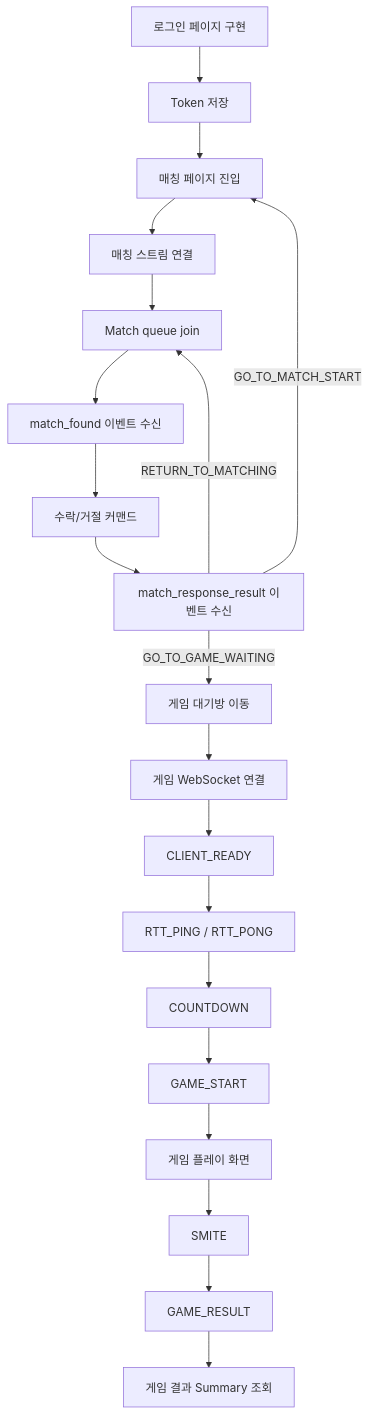
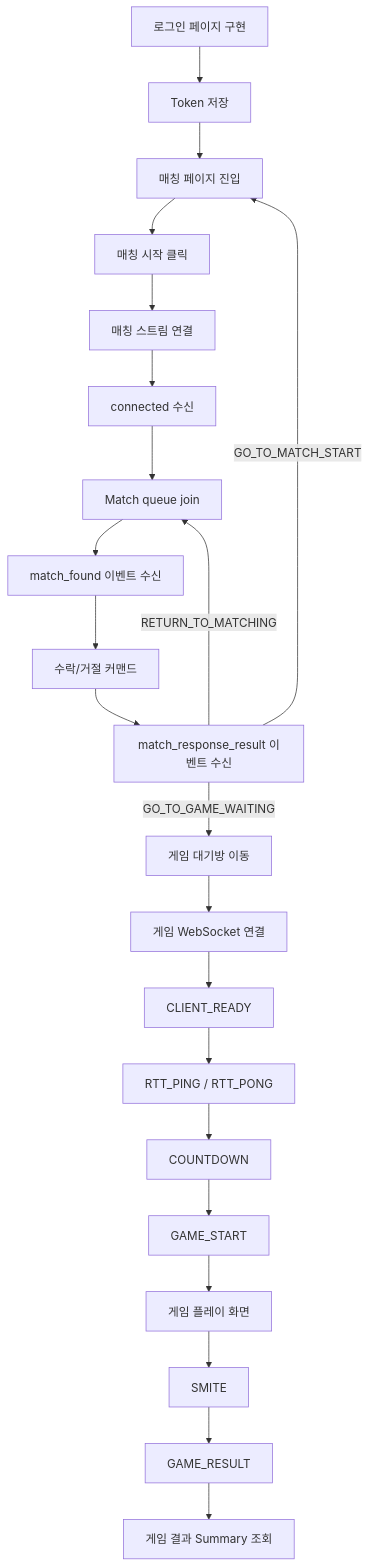
The diagram in docs/antigravity/frontend/front-plan.md (moonwhistle/League-of-Star), drawn with Mermaid before and after one commit. The commit also changed other lines of this file and 12 other files, not shown here.

````diff
--- a/docs/antigravity/frontend/front-plan.md
+++ b/docs/antigravity/frontend/front-plan.md
@@ -17,22 +17,24 @@
 ```mermaid
 flowchart TD
     A[로그인 페이지 구현] --> B[Token 저장]
     B --> C[매칭 페이지 진입]
-    C --> D[매칭 스트림 연결]
-    D --> E[Match queue join]
-    E --> F[match_found 이벤트 수신]
-    F --> G[수락/거절 커맨드]
-    G --> H[match_response_result 이벤트 수신]
-    H -->|GO_TO_GAME_WAITING| I[게임 대기방 이동]
-    H -->|GO_TO_MATCH_START| C
-    H -->|RETURN_TO_MATCHING| E
-    I --> J[게임 WebSocket 연결]
-    J --> K[CLIENT_READY]
-    K --> L[RTT_PING / RTT_PONG]
-    L --> M[COUNTDOWN]
-    M --> N[GAME_START]
-    N --> O[게임 플레이 화면]
-    O --> P[SMITE]
-    P --> Q[GAME_RESULT]
-    Q --> R[게임 결과 Summary 조회]
+    C --> D[매칭 시작 클릭]
+    D --> E[매칭 스트림 연결]
+    E --> F[connected 수신]
+    F --> G[Match queue join]
+    G --> H[match_found 이벤트 수신]
+    H --> I[수락/거절 커맨드]
+    I --> J[match_response_result 이벤트 수신]
+    J -->|GO_TO_GAME_WAITING| K[게임 대기방 이동]
+    J -->|GO_TO_MATCH_START| C
+    J -->|RETURN_TO_MATCHING| G
+    K --> L[게임 WebSocket 연결]
+    L --> M[CLIENT_READY]
+    M --> N[RTT_PING / RTT_PONG]
+    N --> O[COUNTDOWN]
+    O --> P[GAME_START]
+    P --> Q[게임 플레이 화면]
+    Q --> R[SMITE]
+    R --> S[GAME_RESULT]
+    S --> T[게임 결과 Summary 조회]
 ```
````
